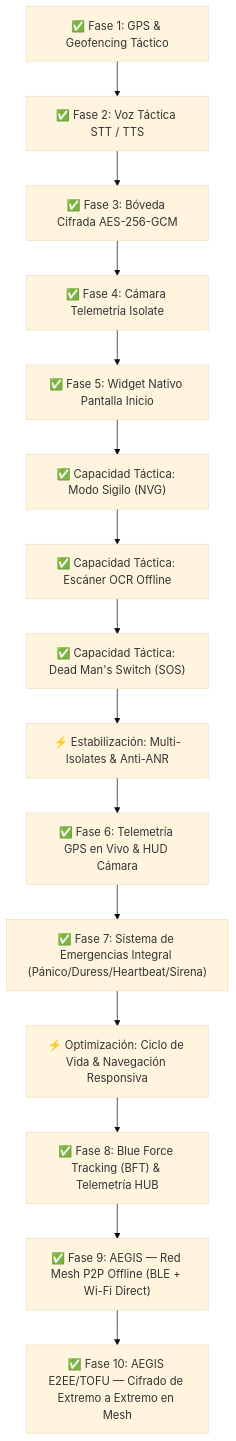
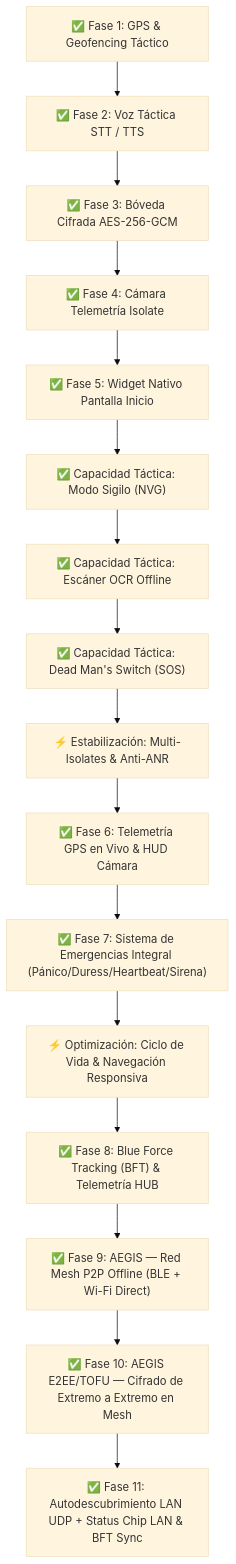
One commit to zuluetaulianov-eng/cobalto_mobile changed the diagram in README.md. Above: the diagram before and after it, drawn with Mermaid (base theme). The commit also changed other lines of this file, not shown here.

Commit message:
docs: update README with LAN zero-conf discovery, status chip, and release APK build notes

````diff
--- a/README.md
+++ b/README.md
@@ -17,17 +17,18 @@
 ```mermaid
 graph TD
     A["✅ Fase 1: GPS & Geofencing Táctico"] --> B["✅ Fase 2: Voz Táctica STT / TTS"]
     B --> C["✅ Fase 3: Bóveda Cifrada AES-256-GCM"]
     C --> D["✅ Fase 4: Cámara Telemetría Isolate"]
     D --> E["✅ Fase 5: Widget Nativo Pantalla Inicio"]
     E --> F["✅ Capacidad Táctica: Modo Sigilo (NVG)"]
     F --> G["✅ Capacidad Táctica: Escáner OCR Offline"]
     G --> H["✅ Capacidad Táctica: Dead Man's Switch (SOS)"]
     H --> I["⚡ Estabilización: Multi-Isolates & Anti-ANR"]
     I --> J["✅ Fase 6: Telemetría GPS en Vivo & HUD Cámara"]
     J --> K["✅ Fase 7: Sistema de Emergencias Integral (Pánico/Duress/Heartbeat/Sirena)"]
     K --> L["⚡ Optimización: Ciclo de Vida & Navegación Responsiva"]
     L --> M["✅ Fase 8: Blue Force Tracking (BFT) & Telemetría HUB"]
     M --> N["✅ Fase 9: AEGIS — Red Mesh P2P Offline (BLE + Wi-Fi Direct)"]
     N --> O["✅ Fase 10: AEGIS E2EE/TOFU — Cifrado de Extremo a Extremo en Mesh"]
+    O --> P["✅ Fase 11: Autodescubrimiento LAN UDP + Status Chip LAN & BFT Sync"]
 ```
````
